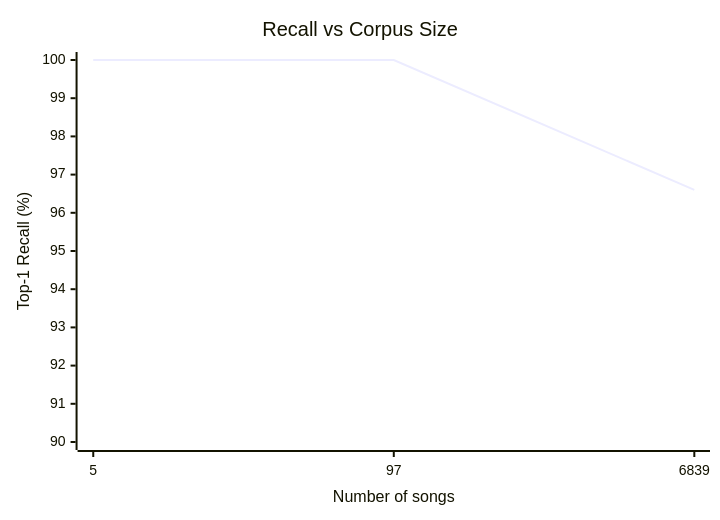
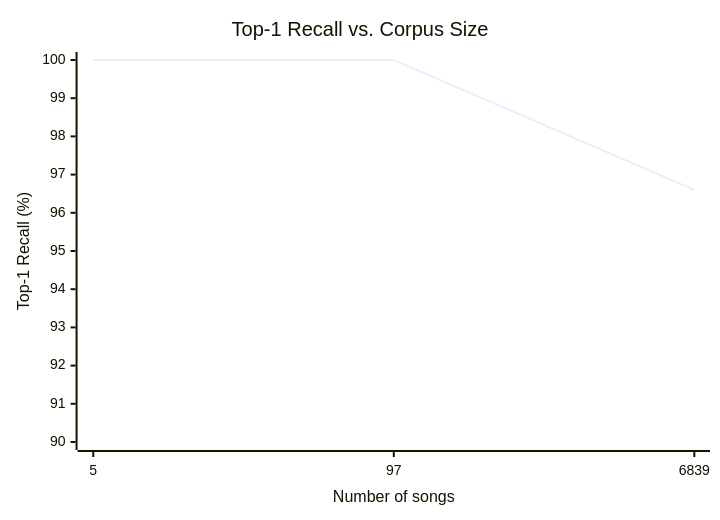
The fourth of 4 diagrams in PAPER.md (alainbrown/musicprint), drawn with Mermaid before and after one commit. The commit also changed other lines of this file, not shown here.

````diff
--- a/PAPER.md
+++ b/PAPER.md
@@ -148,7 +178,7 @@
 ```mermaid
 xychart-beta
-    title "Recall vs Corpus Size"
+    title "Top-1 Recall vs. Corpus Size"
     x-axis "Number of songs" ["5", "97", "6839"]
     y-axis "Top-1 Recall (%)" 90 --> 100
     line [100, 100, 96.6]
 ```
````
